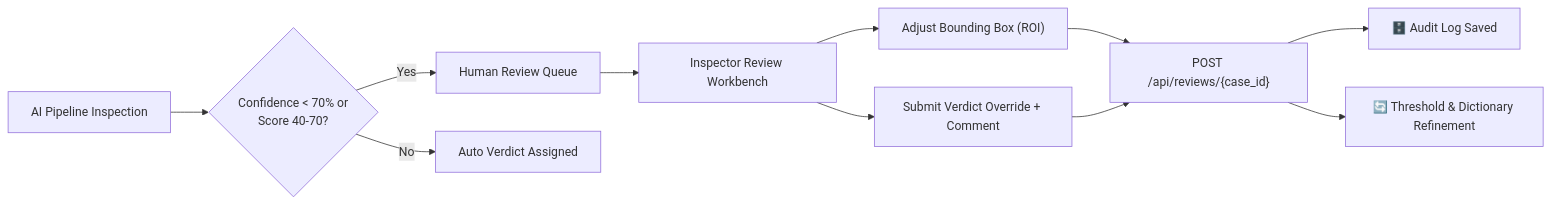
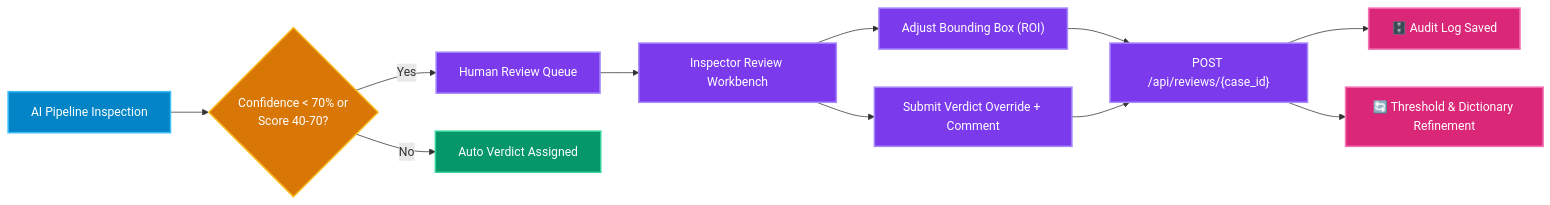
Before and after one commit to IdeaForg-e/VeriVision-AI: the sixth of 7 diagrams in AGENTS.md, drawn with Mermaid. The commit also changed other lines of this file and 1 other file, not shown here.

Commit message:
style(docs): colorize all Mermaid architecture and workflow diagrams across README.md and AGENTS.md with vibrant classDef palettes

````diff
--- a/AGENTS.md
+++ b/AGENTS.md
@@ -327,12 +349,24 @@
 ```mermaid
 flowchart LR
+    classDef startnode fill:#0284c7,stroke:#38bdf8,stroke-width:2px,color:#ffffff;
+    classDef decision fill:#d97706,stroke:#fbbf24,stroke-width:2px,color:#ffffff;
+    classDef review fill:#7c3aed,stroke:#a78bfa,stroke-width:2px,color:#ffffff;
+    classDef auto fill:#059669,stroke:#34d399,stroke-width:2px,color:#ffffff;
+    classDef memory fill:#db2777,stroke:#f472b6,stroke-width:2px,color:#ffffff;
+
     A["AI Pipeline Inspection"] --> B{"Confidence < 70% or\nScore 40-70?"}
     B -- "Yes" --> C["Human Review Queue"]
     B -- "No" --> D["Auto Verdict Assigned"]
     C --> E["Inspector Review Workbench"]
     E --> F["Adjust Bounding Box (ROI)"]
     E --> G["Submit Verdict Override + Comment"]
     F & G --> H["POST /api/reviews/{case_id}"]
     H --> I["🗄️ Audit Log Saved"]
     H --> J["🔄 Threshold & Dictionary Refinement"]
+
+    class A startnode;
+    class B decision;
+    class C,E,F,G,H review;
+    class D auto;
+    class I,J memory;
 ```
````
